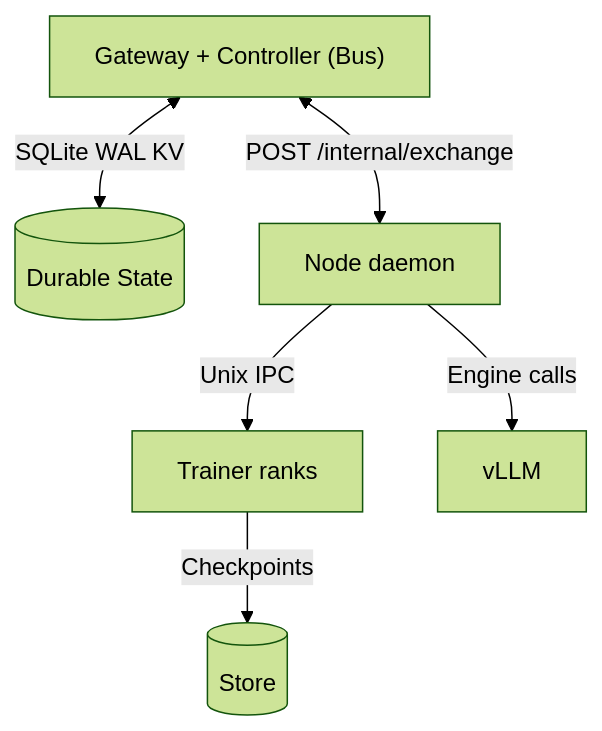
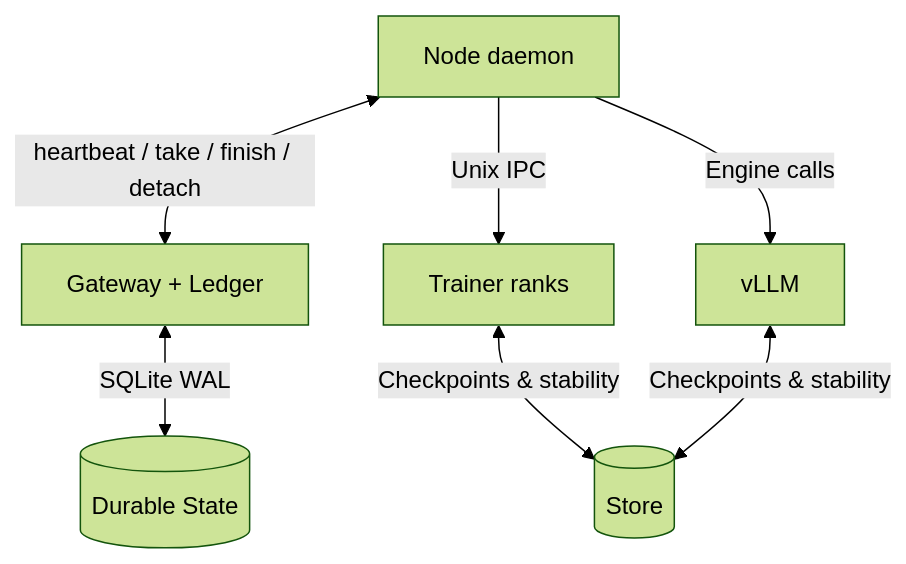
Before and after one commit to ShubyM/tiny-open-rl: the diagram in README.md, drawn with Mermaid (forest theme). The commit also changed other lines of this file and 32 other files, not shown here.

First line of the commit message:
refactor(control): replace bus/exchange with pull-work ledger and desired-state nodes

````diff
--- a/README.md
+++ b/README.md
@@ -35,8 +35,8 @@
 ```mermaid
 flowchart TD
-  G["Gateway + Controller (Bus)"] <-->|SQLite WAL KV| D[("Durable State")]
-  G <-->|POST /internal/exchange| N["Node daemon"]
+  G["Gateway + Ledger"] <-->|SQLite WAL| D[("Durable State")]
+  N["Node daemon"] <-->|"heartbeat / take / finish / detach"| G
   N -->|Unix IPC| T["Trainer ranks"]
   N -->|Engine calls| V["vLLM"]
-  T -->|Checkpoints| C[("Store")]
+  T & V <-->|Checkpoints & stability| C[("Store")]
 ```
````
